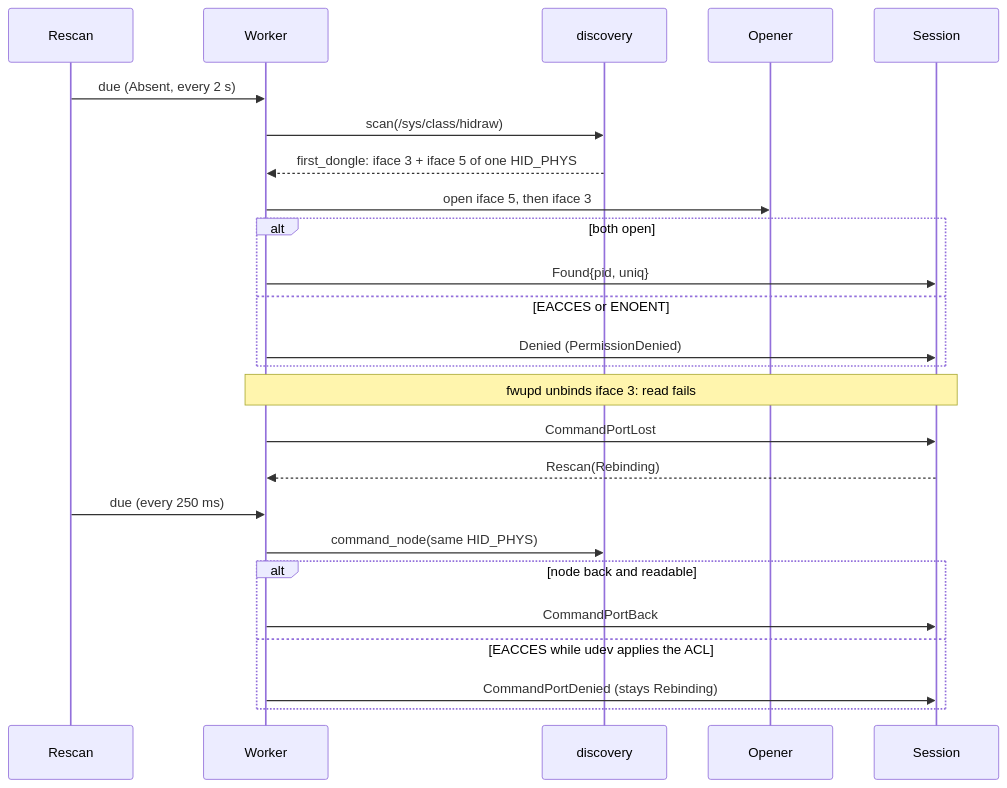
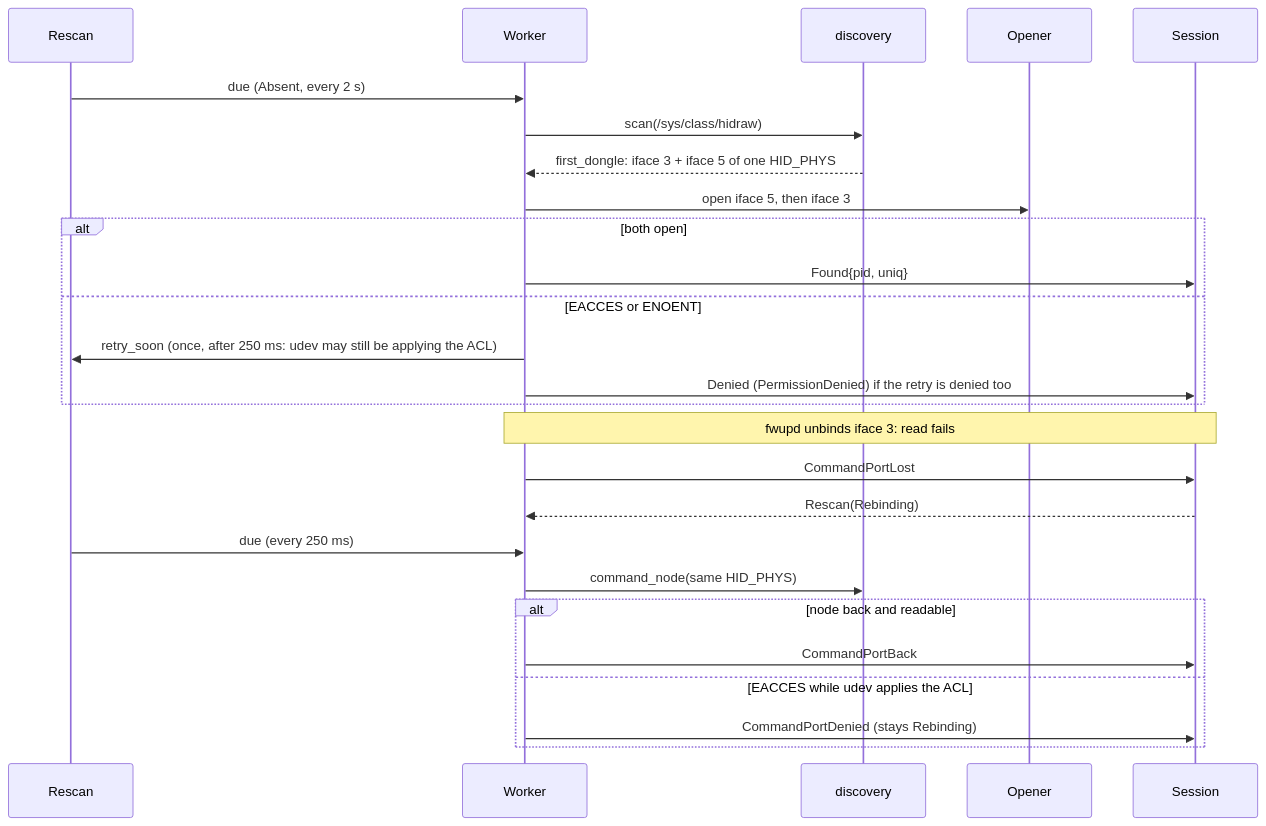
Before and after one commit to marcelogm/arctis-companion: the third of 4 diagrams in docs/architecture/hid.md, drawn with Mermaid. The commit also changed other lines of this file and 13 other files, not shown here.

````diff
--- a/docs/architecture/hid.md
+++ b/docs/architecture/hid.md
@@ -54,27 +54,28 @@
 ```mermaid
 sequenceDiagram
     participant R as Rescan
     participant W as Worker
     participant D as discovery
     participant O as Opener
     participant S as Session
     R->>W: due (Absent, every 2 s)
     W->>D: scan(/sys/class/hidraw)
     D-->>W: first_dongle: iface 3 + iface 5 of one HID_PHYS
     W->>O: open iface 5, then iface 3
     alt both open
         W->>S: Found{pid, uniq}
     else EACCES or ENOENT
-        W->>S: Denied (PermissionDenied)
+        W->>R: retry_soon (once, after 250 ms: udev may still be applying the ACL)
+        W->>S: Denied (PermissionDenied) if the retry is denied too
     end
     Note over W,S: fwupd unbinds iface 3: read fails
     W->>S: CommandPortLost
     S-->>W: Rescan(Rebinding)
     R->>W: due (every 250 ms)
     W->>D: command_node(same HID_PHYS)
     alt node back and readable
         W->>S: CommandPortBack
     else EACCES while udev applies the ACL
         W->>S: CommandPortDenied (stays Rebinding)
     end
 ```
````
